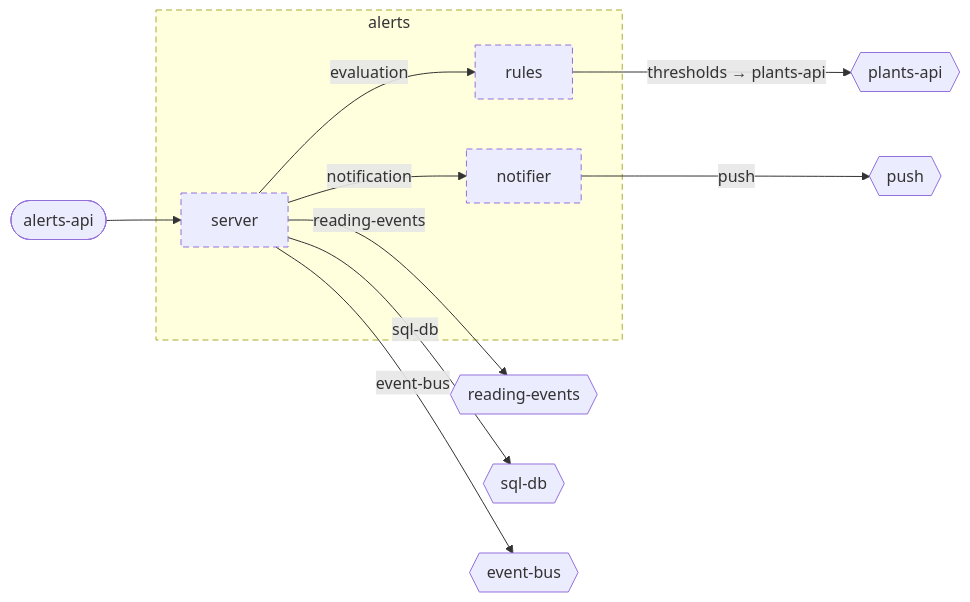
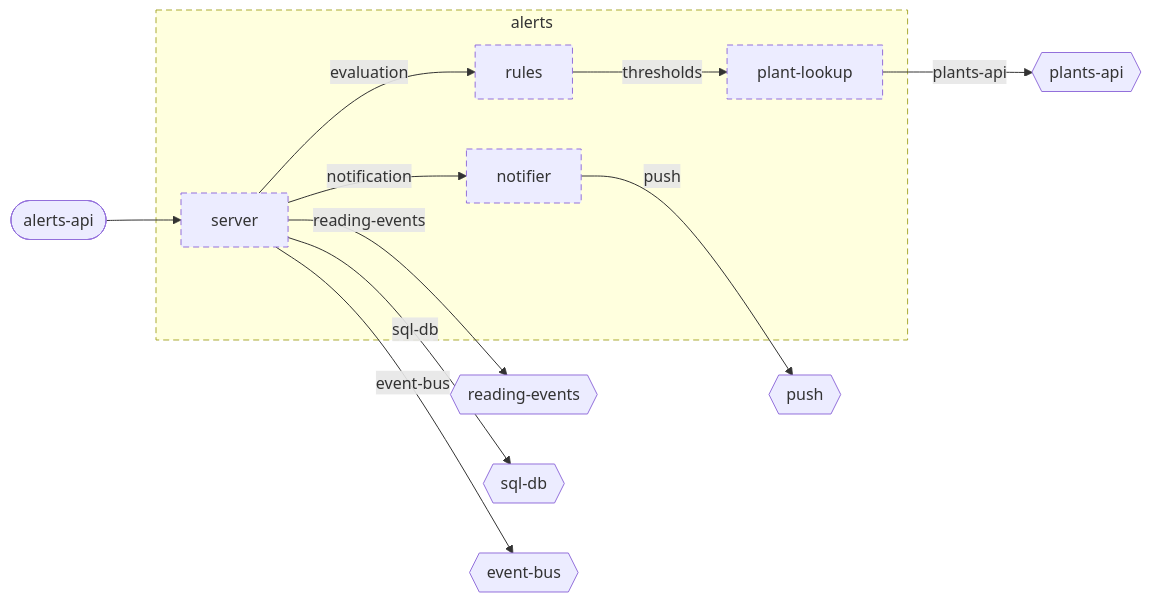
One commit to wackazong/unifold changed the diagram in examples/plantwatch/cloud/services/alerts/doc/diagrams/component.md. Above: the diagram before and after it, drawn with Mermaid. The commit also changed other lines of this file and 330 other files, not shown here.

````diff
--- a/examples/plantwatch/cloud/services/alerts/doc/diagrams/component.md
+++ b/examples/plantwatch/cloud/services/alerts/doc/diagrams/component.md
@@ -8,28 +8,28 @@
 ```mermaid
 flowchart LR
-  subgraph u_cloud_services_alerts["alerts"]
-    u_cloud_services_alerts_notifier["notifier"]
-    u_cloud_services_alerts_rules["rules"]
-    u_cloud_services_alerts_server["server"]
+  subgraph u_cloud__services__alerts["alerts"]
+    u_cloud__services__alerts__notifier["notifier"]
+    u_cloud__services__alerts__plant_dlookup["plant-lookup"]
+    u_cloud__services__alerts__rules["rules"]
+    u_cloud__services__alerts__server["server"]
   end
-  p_cloud_services_alerts_alerts_api(["alerts-api"])
-  n_cloud_services_alerts_reading_events{{"reading-events"}}
-  n_cloud_services_alerts_plants_api{{"plants-api"}}
-  n_cloud_services_alerts_push{{"push"}}
-  n_cloud_services_alerts_sql_db{{"sql-db"}}
-  n_cloud_services_alerts_event_bus{{"event-bus"}}
-  p_cloud_services_alerts_alerts_api --> u_cloud_services_alerts_server
-  u_cloud_services_alerts_server -->|"reading-events"| n_cloud_services_alerts_reading_events
-  u_cloud_services_alerts_server -->|"evaluation"| u_cloud_services_alerts_rules
-  u_cloud_services_alerts_server -->|"notification"| u_cloud_services_alerts_notifier
-  u_cloud_services_alerts_server -->|"sql-db"| n_cloud_services_alerts_sql_db
-  u_cloud_services_alerts_server -->|"event-bus"| n_cloud_services_alerts_event_bus
-  u_cloud_services_alerts_rules -->|"thresholds → plants-api"| n_cloud_services_alerts_plants_api
-  u_cloud_services_alerts_notifier -->|"push"| n_cloud_services_alerts_push
-  click u_cloud_services_alerts_notifier href "../../notifier/README.md"
-  click u_cloud_services_alerts_rules href "../../rules/README.md"
-  click u_cloud_services_alerts_server href "../../server/README.md"
+  p_cloud__services__alerts___alerts_dapi(["alerts-api"])
+  n_cloud__services__alerts___reading_devents{{"reading-events"}}
+  n_cloud__services__alerts___plants_dapi{{"plants-api"}}
+  n_cloud__services__alerts___push{{"push"}}
+  n_cloud__services__alerts___sql_ddb{{"sql-db"}}
+  n_cloud__services__alerts___event_dbus{{"event-bus"}}
+  p_cloud__services__alerts___alerts_dapi --> u_cloud__services__alerts__server
+  u_cloud__services__alerts__server -->|"reading-events"| n_cloud__services__alerts___reading_devents
+  u_cloud__services__alerts__server -->|"evaluation"| u_cloud__services__alerts__rules
+  u_cloud__services__alerts__server -->|"notification"| u_cloud__services__alerts__notifier
+  u_cloud__services__alerts__server -->|"sql-db"| n_cloud__services__alerts___sql_ddb
+  u_cloud__services__alerts__server -->|"event-bus"| n_cloud__services__alerts___event_dbus
+  u_cloud__services__alerts__rules -->|"thresholds"| u_cloud__services__alerts__plant_dlookup
+  u_cloud__services__alerts__plant_dlookup -->|"plants-api"| n_cloud__services__alerts___plants_dapi
+  u_cloud__services__alerts__notifier -->|"push"| n_cloud__services__alerts___push
   classDef focus stroke-width:4px
   classDef planned stroke-dasharray:6 4
-  class u_cloud_services_alerts,u_cloud_services_alerts_notifier,u_cloud_services_alerts_rules,u_cloud_services_alerts_server planned
+  classDef plain stroke-dasharray:2 3
+  class u_cloud__services__alerts,u_cloud__services__alerts__notifier,u_cloud__services__alerts__plant_dlookup,u_cloud__services__alerts__rules,u_cloud__services__alerts__server planned
 ```
````
